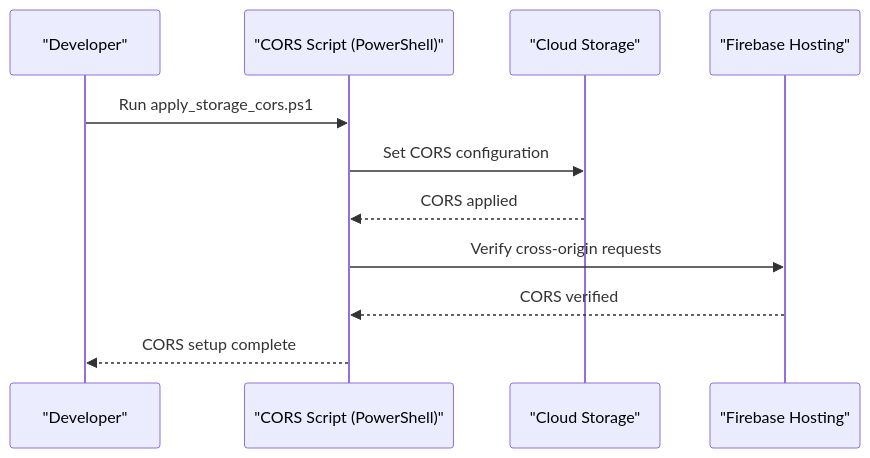
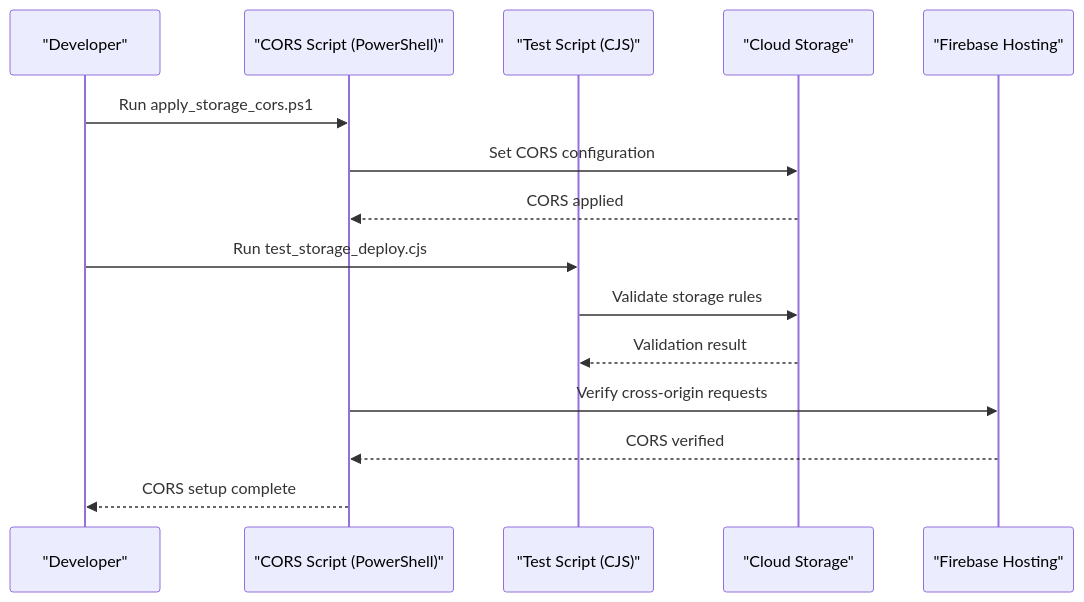
Before and after one commit to raihom-netizen/com.gestaoyahwehios.app: the fourth of 6 diagrams in .qoder/repowiki/en/content/Deployment & DevOps/Release Management & Publishing/Firebase Deployment & Rules.md, drawn with Mermaid. The commit also changed other lines of this file and 504 other files, not shown here.

````diff
--- a/.qoder/repowiki/en/content/Deployment & DevOps/Release Management & Publishing/Firebase Deployment & Rules.md
+++ b/.qoder/repowiki/en/content/Deployment & DevOps/Release Management & Publishing/Firebase Deployment & Rules.md
@@ -288,13 +316,17 @@
 ```mermaid
 sequenceDiagram
 participant Dev as "Developer"
 participant Script as "CORS Script (PowerShell)"
+participant TestScript as "Test Script (CJS)"
 participant GCS as "Cloud Storage"
 participant Hosting as "Firebase Hosting"
 Dev->>Script : Run apply_storage_cors.ps1
 Script->>GCS : Set CORS configuration
 GCS-->>Script : CORS applied
+Dev->>TestScript : Run test_storage_deploy.cjs
+TestScript->>GCS : Validate storage rules
+GCS-->>TestScript : Validation result
 Script->>Hosting : Verify cross-origin requests
 Hosting-->>Script : CORS verified
 Script-->>Dev : CORS setup complete
 ```
````
